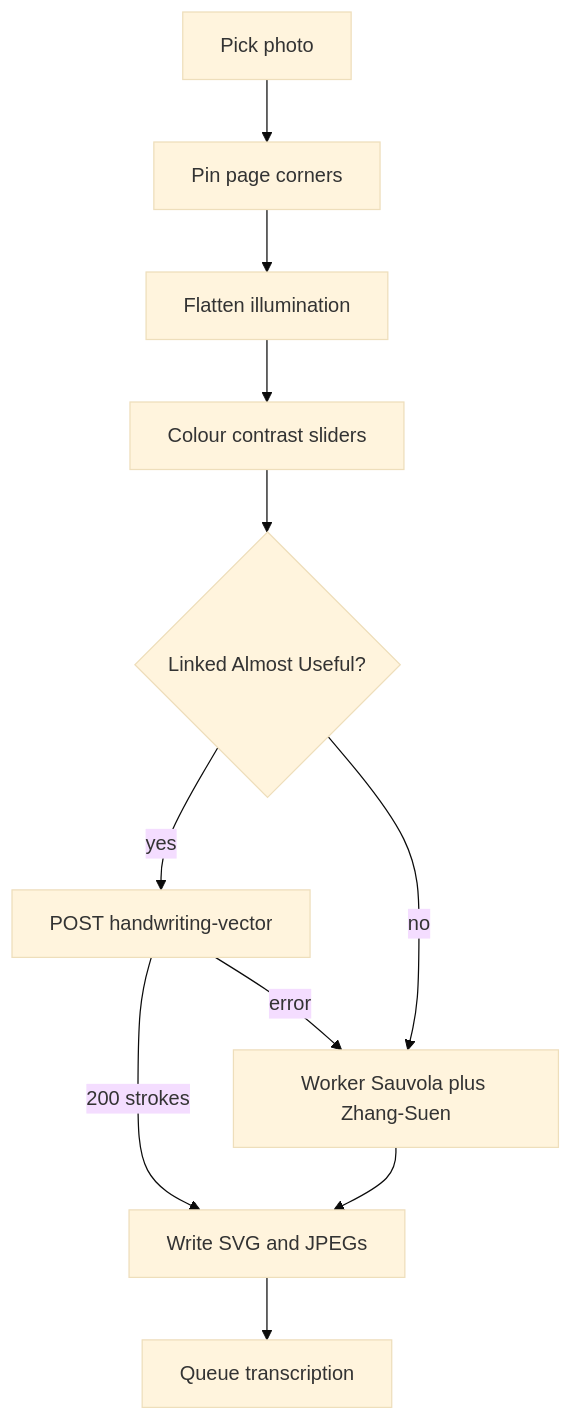
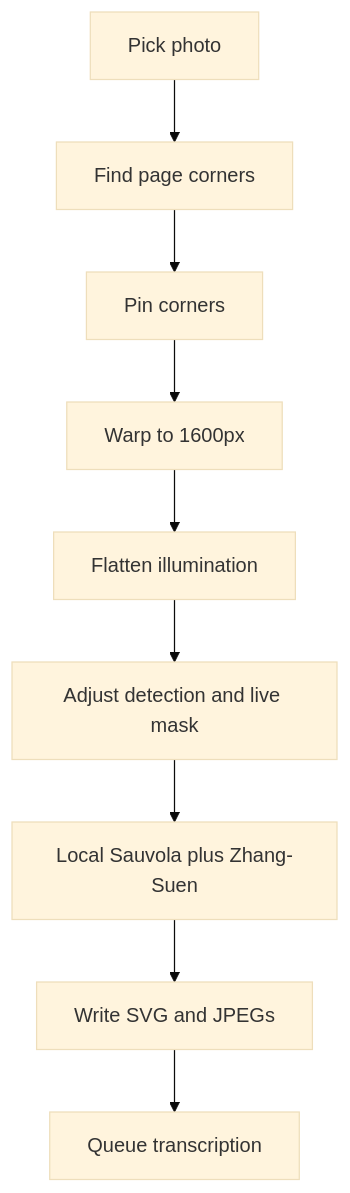
Before and after one commit to daledesilva/obsidian_ink: the diagram in docs/writing-from-photo.md, drawn with Mermaid (base theme). The commit also changed other lines of this file and 27 other files, not shown here.

Commit message:
updated: Traced photos on the device into handwriting or drawing because a vision centreline reply skipped the local trace and still charged credits. Used the standard writing line height, found the paper by colour, and kept the photo inside the ink frame.

````diff
--- a/docs/writing-from-photo.md
+++ b/docs/writing-from-photo.md
@@ -23,18 +21,13 @@
 ```mermaid
 flowchart TD
   Pick[Pick photo]
-  Crop[Pin page corners]
+  Detect[Find page corners]
+  Crop[Pin corners]
+  Warp[Warp to 1600px]
   Flatten[Flatten illumination]
-  Adjust[Colour contrast sliders]
-  Linked{Linked Almost Useful?}
-  Portal[POST handwriting-vector]
-  Local[Worker Sauvola plus Zhang-Suen]
+  Adjust[Adjust detection and live mask]
+  Trace[Local Sauvola plus Zhang-Suen]
   Embed[Write SVG and JPEGs]
   Queue[Queue transcription]
-  Pick --> Crop --> Flatten --> Adjust --> Linked
-  Linked -->|yes| Portal
-  Portal -->|200 strokes| Embed
-  Portal -->|error| Local
-  Linked -->|no| Local
-  Local --> Embed --> Queue
+  Pick --> Detect --> Crop --> Warp --> Flatten --> Adjust --> Trace --> Embed --> Queue
 ```
````
